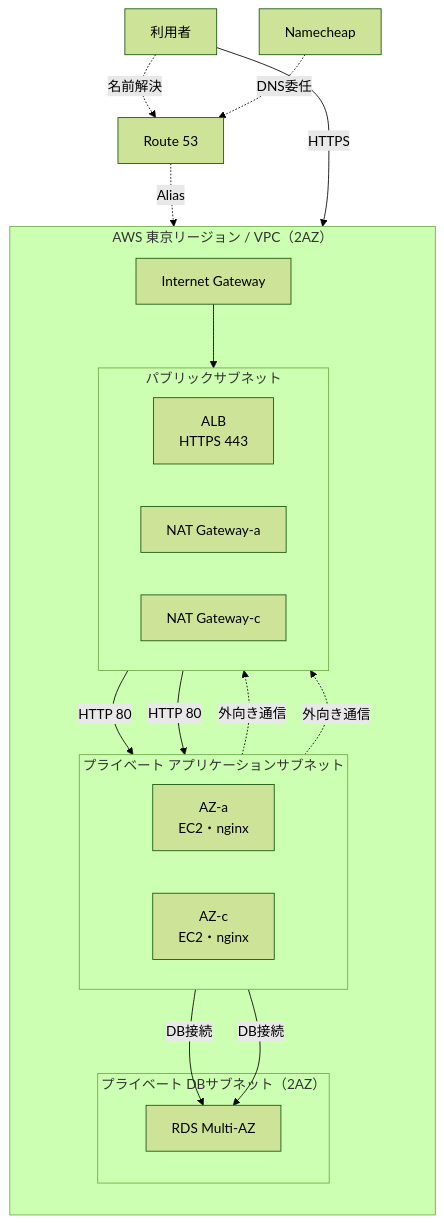
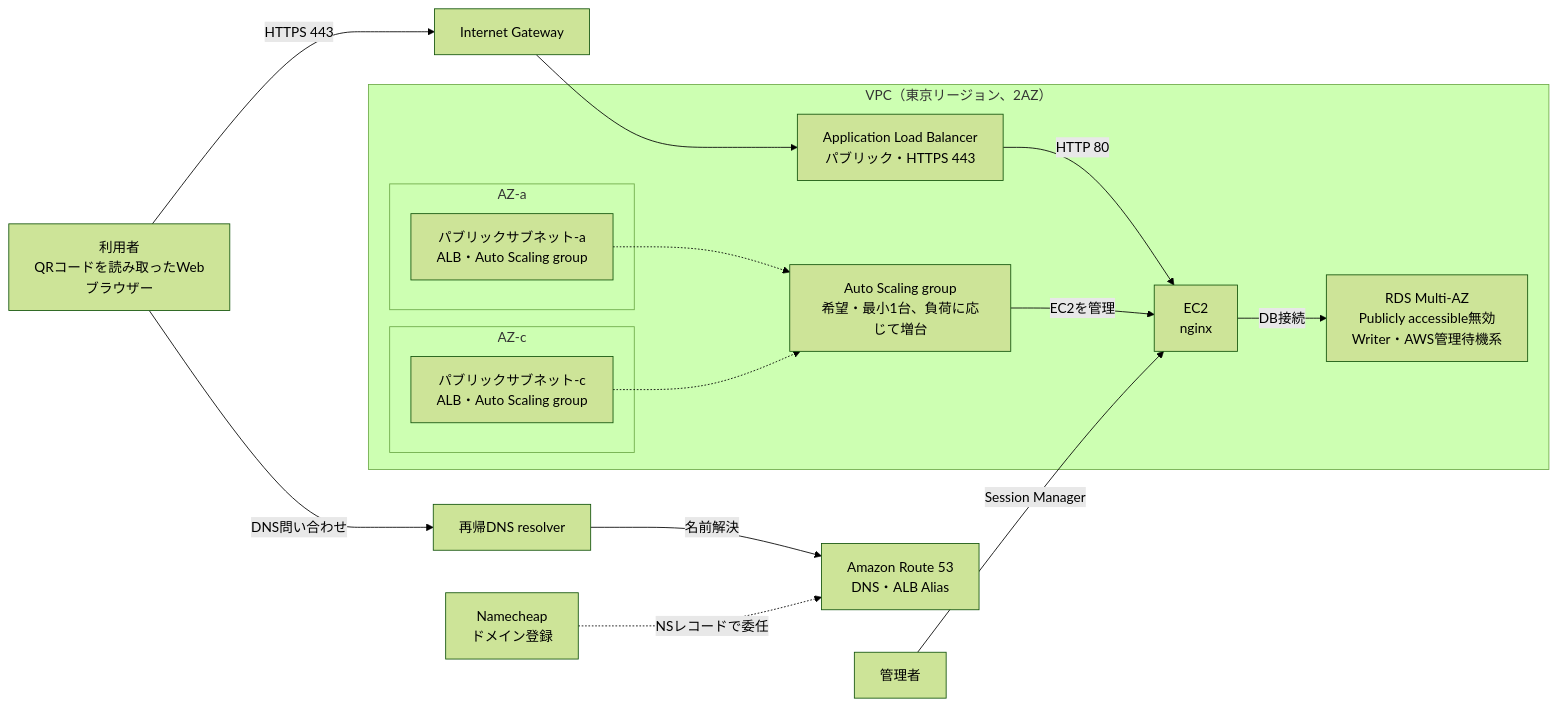
The diagram in インフラ基本設計.md (25yc0102-png/sotsugyo-project), drawn with Mermaid (forest theme) before and after one commit. The commit also changed other lines of this file and 16 other files, not shown here.

````diff
--- a/インフラ基本設計.md
+++ b/インフラ基本設計.md
@@ -18,41 +40,38 @@
 ```mermaid
-flowchart TB
-    user["利用者"]
-    registrar["Namecheap"]
+flowchart LR
+    user["利用者<br/>QRコードを読み取ったWebブラウザー"]
+    resolver["再帰DNS resolver"]
+    registrar["Namecheap<br/>ドメイン登録"]
+    route53["Amazon Route 53<br/>DNS・ALB Alias"]
+    igw["Internet Gateway"]
 
-    subgraph vpc["AWS 東京リージョン / VPC（2AZ）"]
-        direction TB
-        igw["Internet Gateway"]
+    user -->|DNS問い合わせ| resolver
+    resolver -->|名前解決| route53
+    registrar -.->|NSレコードで委任| route53
+    user -->|HTTPS 443| igw
 
-        subgraph public["パブリックサブネット"]
-            direction LR
-            alb["ALB<br/>HTTPS 443"]
-            nat_a["NAT Gateway-a"]
-            nat_c["NAT Gateway-c"]
+    subgraph vpc["VPC（東京リージョン、2AZ）"]
+        alb["Application Load Balancer<br/>パブリック・HTTPS 443"]
+
+        subgraph az_a["AZ-a"]
+            public_a["パブリックサブネット-a<br/>ALB・Auto Scaling group"]
         end
 
-        subgraph app["プライベート アプリケーションサブネット"]
-            direction LR
-            ec2a["AZ-a<br/>EC2・nginx"]
-            ec2c["AZ-c<br/>EC2・nginx"]
+        subgraph az_c["AZ-c"]
+            public_c["パブリックサブネット-c<br/>ALB・Auto Scaling group"]
         end
 
-        subgraph database["プライベート DBサブネット（2AZ）"]
-            rds["RDS Multi-AZ"]
-        end
+        asg["Auto Scaling group<br/>希望・最小1台、負荷に応じて増台"]
+        ec2["EC2<br/>nginx"]
+        rds["RDS Multi-AZ<br/>Publicly accessible無効<br/>Writer・AWS管理待機系"]
 
-        igw --> alb
-        alb -->|HTTP 80| ec2a
-        alb -->|HTTP 80| ec2c
-        ec2a -->|DB接続| rds
-        ec2c -->|DB接続| rds
-        ec2a -.->|外向き通信| nat_a
-        ec2c -.->|外向き通信| nat_c
+        alb -->|HTTP 80| ec2
+        public_a -.-> asg
+        public_c -.-> asg
+        asg -->|EC2を管理| ec2
+        ec2 -->|DB接続| rds
     end
 
-    route53["Route 53"]
-    user -.->|名前解決| route53
-    registrar -.->|DNS委任| route53
-    route53 -.->|Alias| alb
-    user -->|HTTPS| igw
+    igw --> alb
+    admin["管理者"] -->|Session Manager| ec2
 ```
````
